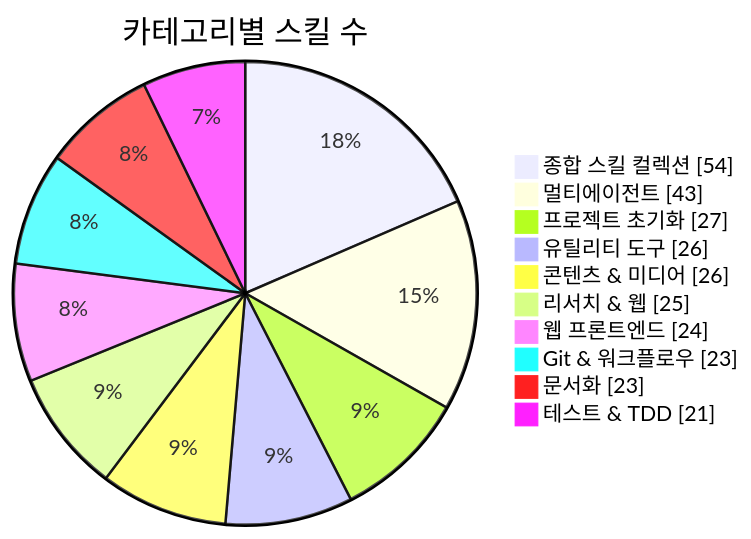
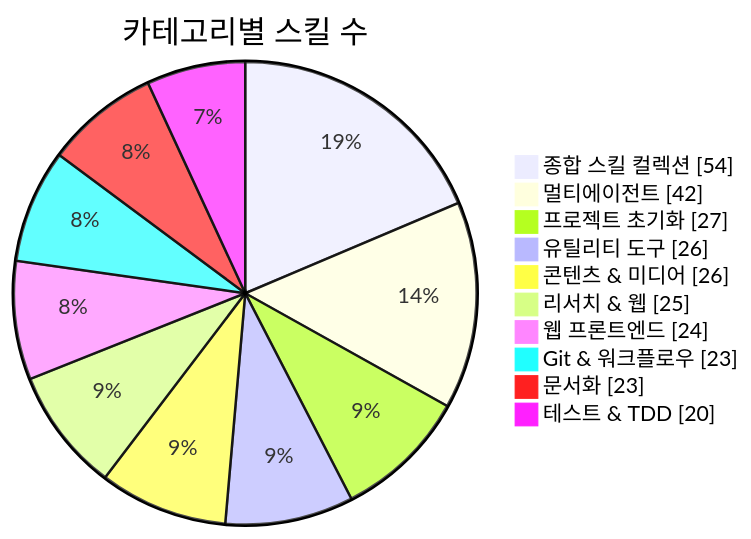
One commit to J-nowcow/awesome-korean-agent-skills changed the first of 3 diagrams in README.md. Above: the diagram before and after it, drawn with Mermaid. The commit also changed other lines of this file and 27 other files, not shown here.

````diff
--- a/README.md
+++ b/README.md
@@ -176,14 +176,14 @@
 ```mermaid
 pie showData
     title 카테고리별 스킬 수
     "종합 스킬 컬렉션" : 54
-    "멀티에이전트" : 43
+    "멀티에이전트" : 42
     "프로젝트 초기화" : 27
     "유틸리티 도구" : 26
     "콘텐츠 & 미디어" : 26
     "리서치 & 웹" : 25
     "웹 프론트엔드" : 24
     "Git & 워크플로우" : 23
     "문서화" : 23
-    "테스트 & TDD" : 21
+    "테스트 & TDD" : 20
 ```
````
